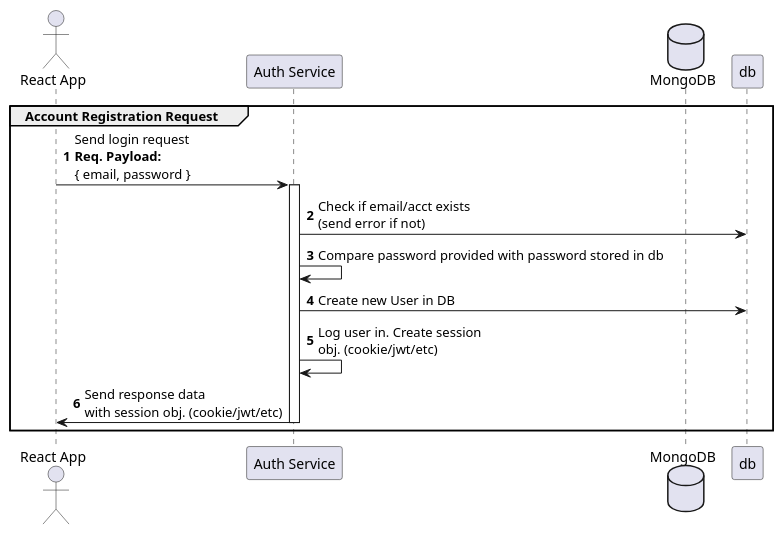
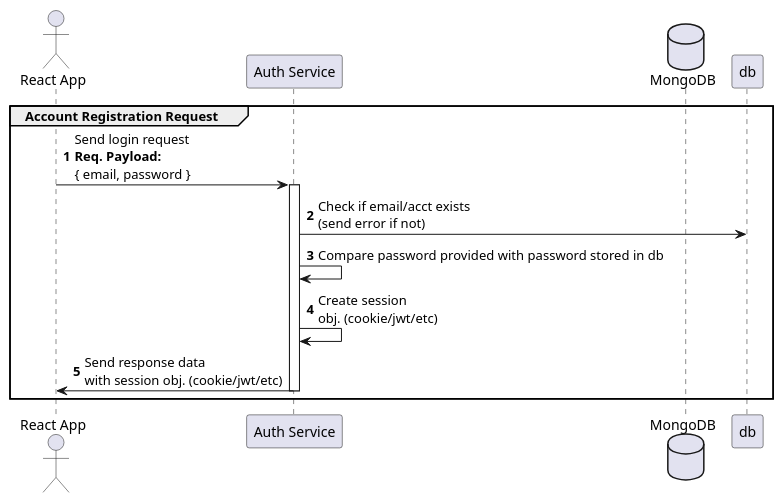
Before and after one commit to mrlucciola/ticket-microservice: the diagram in services/auth/diagrams/login_session.puml, drawn with PlantUML. The commit also changed 1 other file, not shown here.

Commit message:
pr: auth add current-user flow diagram - fix login diagram errors (#8)
issue#7

```diff
--- a/services/auth/diagrams/login_session.puml
+++ b/services/auth/diagrams/login_session.puml
@@ -1,24 +1,24 @@
 @startuml login flow
 
 autonumber
 
 actor       "React App" as client
 participant "Auth Service" as auth
 database    "MongoDB" as mongo
 
 group Account Registration Request
     client -> auth : Send login request\n**Req. Payload:**\n{ email, password }
 
     activate auth
     ' completed
     auth -> db : Check if email/acct exists\n(send error if not)
-    ' in progress
+    ' completed
     auth -> auth : Compare password provided with password stored in db
-    auth -> db : Create new User in DB
-    auth -> auth : Log user in. Create session\nobj. (cookie/jwt/etc)
+    ' completed
+    auth -> auth : Create session\nobj. (cookie/jwt/etc)
 
     client <- auth: Send response data\nwith session obj. (cookie/jwt/etc)
     deactivate auth
 end
 
 @enduml
```
